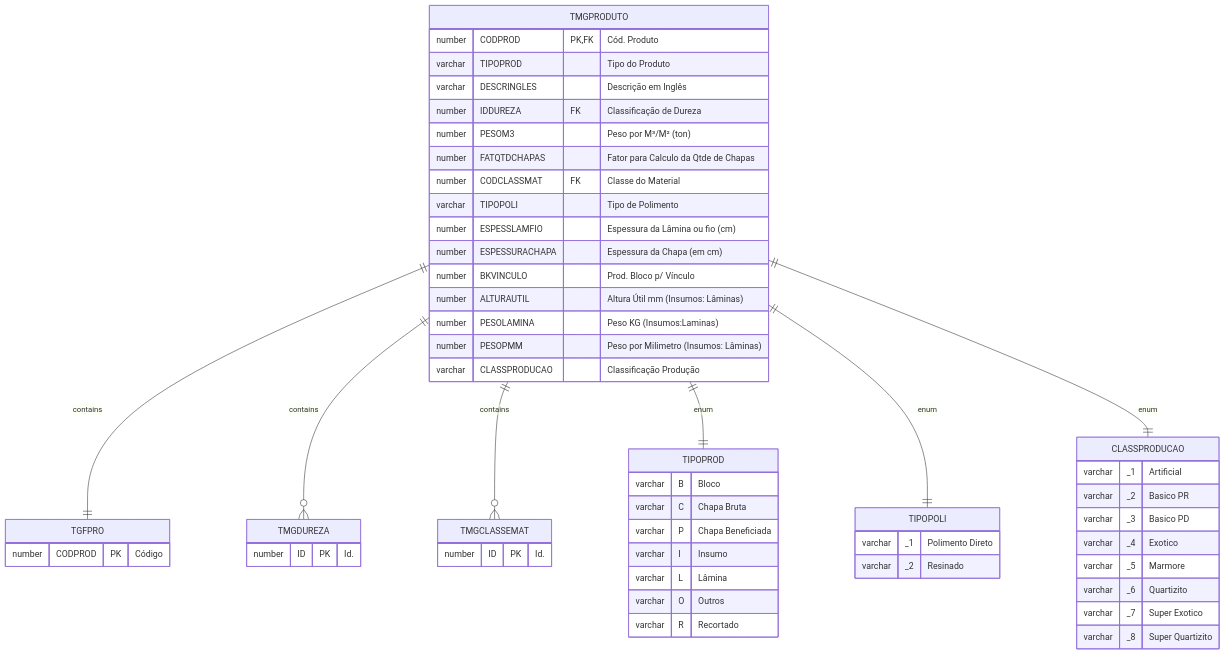
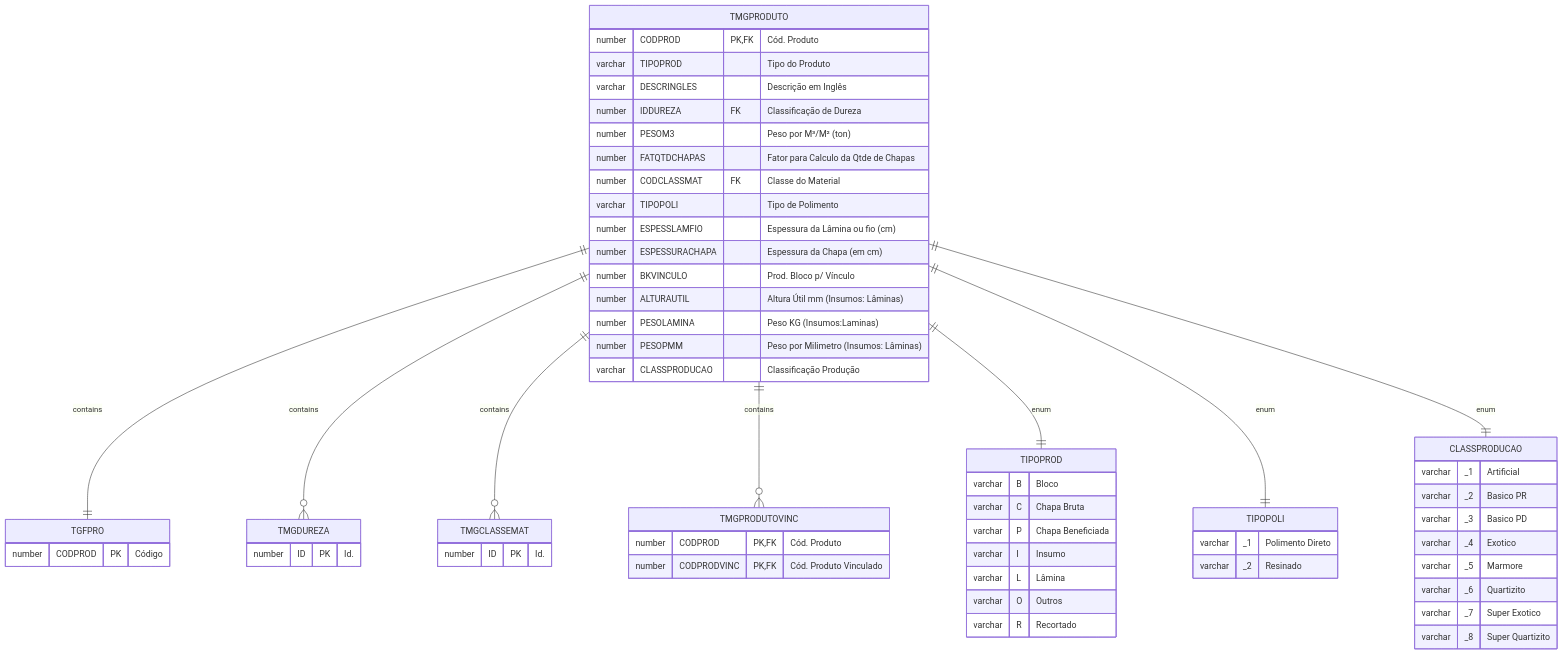
The diagram in docs/_database/TMGPRODUTO.md (cbmsoft/margrandocs), drawn with Mermaid before and after one commit. The commit also changed other lines of this file and 5 other files, not shown here.

````diff
--- a/docs/_database/TMGPRODUTO.md
+++ b/docs/_database/TMGPRODUTO.md
@@ -40,59 +41,64 @@
 ```mermaid
 erDiagram
     TMGPRODUTO ||--|| TGFPRO : contains
     TMGPRODUTO ||--o{ TMGDUREZA : contains
     TMGPRODUTO ||--o{ TMGCLASSEMAT : contains
+    TMGPRODUTO ||--o{ TMGPRODUTOVINC : contains
     TMGPRODUTO ||--|| TIPOPROD : enum
     TMGPRODUTO ||--|| TIPOPOLI : enum
     TMGPRODUTO ||--|| CLASSPRODUCAO : enum
 
     TMGPRODUTO {
         number CODPROD PK,FK "Cód. Produto"
         varchar TIPOPROD "Tipo do Produto"
         varchar DESCRINGLES "Descrição em Inglês"
         number IDDUREZA FK "Classificação de Dureza"
         number PESOM3 "Peso por M³/M² (ton)"
         number FATQTDCHAPAS "Fator para Calculo da Qtde de Chapas"
         number CODCLASSMAT FK "Classe do Material"
         varchar TIPOPOLI "Tipo de Polimento"
         number ESPESSLAMFIO "Espessura da Lâmina ou fio (cm)"
         number ESPESSURACHAPA "Espessura da Chapa (em cm)"
         number BKVINCULO "Prod. Bloco p/ Vínculo"
         number ALTURAUTIL "Altura Útil mm (Insumos: Lâminas)"
         number PESOLAMINA "Peso KG (Insumos:Laminas)"
         number PESOPMM "Peso por Milimetro (Insumos: Lâminas)"
         varchar CLASSPRODUCAO "Classificação Produção"
     }
     TGFPRO {
         number CODPROD PK "Código"
     }
     TMGDUREZA {
         number ID PK "Id."
     }
     TMGCLASSEMAT {
         number ID PK "Id."
     }
+    TMGPRODUTOVINC {
+        number CODPROD PK,FK "Cód. Produto"
+        number CODPRODVINC PK,FK "Cód. Produto Vinculado"
+    }
     TIPOPROD {
         varchar B "Bloco"
         varchar C "Chapa Bruta"
         varchar P "Chapa Beneficiada"
         varchar I "Insumo"
         varchar L "Lâmina"
         varchar O "Outros"
         varchar R "Recortado"
     }
     TIPOPOLI {
         varchar _1 "Polimento Direto"
         varchar _2 "Resinado"
     }
     CLASSPRODUCAO {
         varchar _1 "Artificial"
         varchar _2 "Basico PR"
         varchar _3 "Basico PD"
         varchar _4 "Exotico"
         varchar _5 "Marmore"
         varchar _6 "Quartizito"
         varchar _7 "Super Exotico"
         varchar _8 "Super Quartizito"
     }
 ```
````
